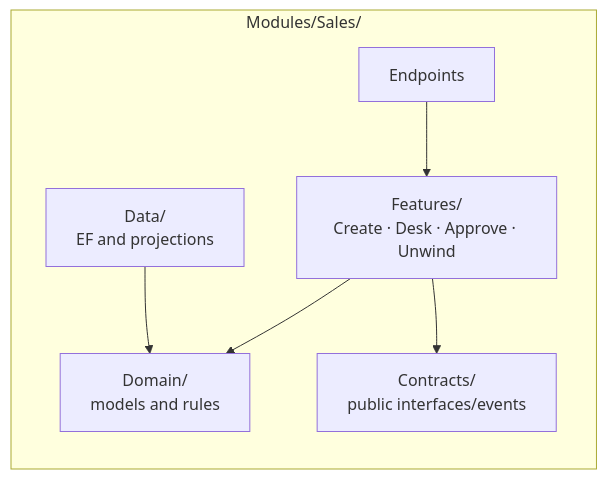
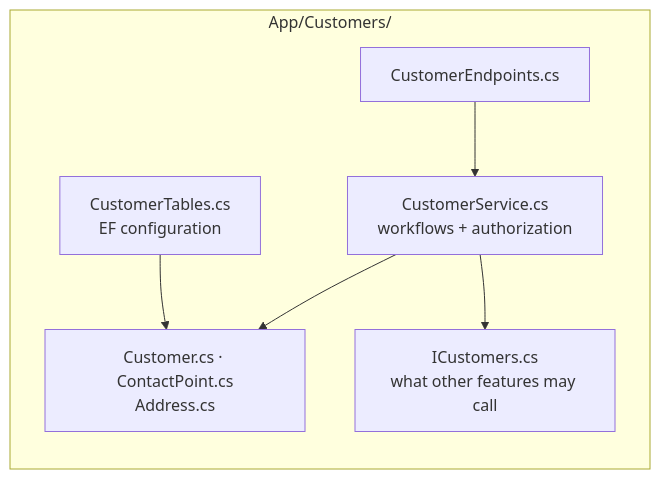
The second of 3 diagrams in docs/diagrams/02-project-structure.md (PoulaAdel/DealerFOSS), drawn with Mermaid before and after one commit. The commit also changed other lines of this file and 195 other files, not shown here.

````diff
--- a/docs/diagrams/02-project-structure.md
+++ b/docs/diagrams/02-project-structure.md
@@ -26,13 +27,13 @@
 ```mermaid
 flowchart LR
-    subgraph Sales["Modules/Sales/"]
-        Domain["Domain/<br/>models and rules"]
-        Features["Features/<br/>Create · Desk · Approve · Unwind"]
-        Data["Data/<br/>EF and projections"]
-        Contracts["Contracts/<br/>public interfaces/events"]
-        Api["Endpoints"]
+    subgraph Customers["App/Customers/"]
+        Entities["Customer.cs · ContactPoint.cs<br/>Address.cs"]
+        Service["CustomerService.cs<br/>workflows + authorization"]
+        Endpoints["CustomerEndpoints.cs"]
+        Tables["CustomerTables.cs<br/>EF configuration"]
+        Contract["ICustomers.cs<br/>what other features may call"]
     end
-    Api --> Features --> Domain
-    Features --> Contracts
-    Data --> Domain
+    Endpoints --> Service --> Entities
+    Service --> Contract
+    Tables --> Entities
 ```
````
